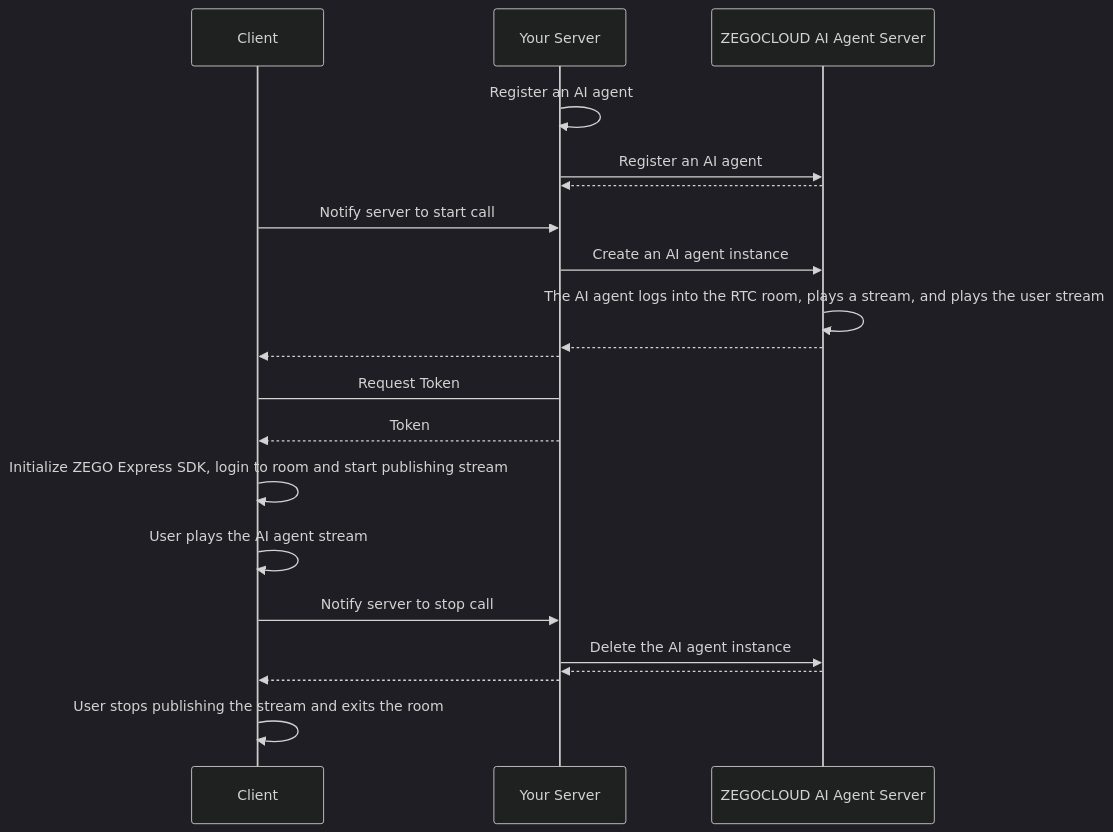
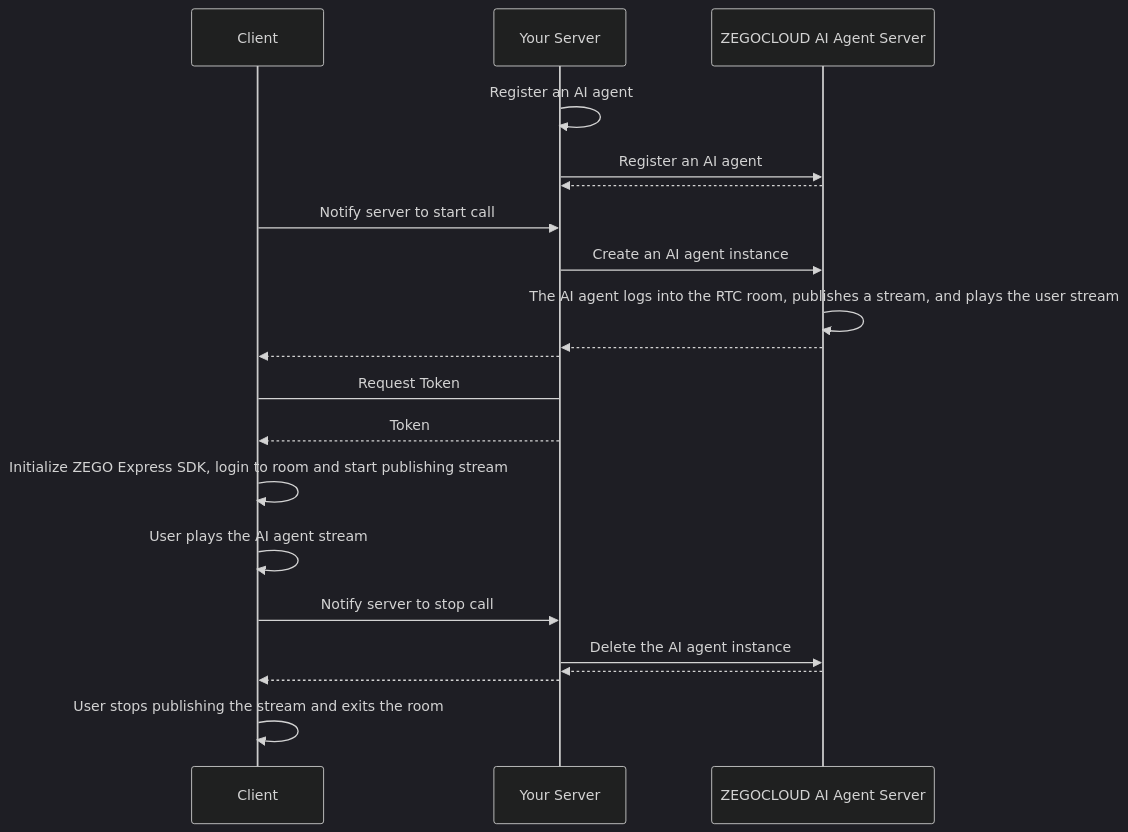
One commit to ZEGOCLOUD/docs_all changed the diagram in core_products/aiagent/en/docs_aiagent_android/Quick start.mdx. Above: the diagram before and after it, drawn with Mermaid (dark theme). The commit also changed other lines of this file and 6 other files, not shown here.

````diff
--- a/core_products/aiagent/en/docs_aiagent_android/Quick start.mdx
+++ b/core_products/aiagent/en/docs_aiagent_android/Quick start.mdx
@@ -66,30 +66,30 @@
 ```mermaid
 sequenceDiagram
     participant Client
     participant Your Server
     participant ZEGOCLOUD AI Agent Server
     
     Your Server->>Your Server: Register an AI agent
     Your Server->>ZEGOCLOUD AI Agent Server: Register an AI agent
     ZEGOCLOUD AI Agent Server-->>Your Server: 
 
     Client->>Your Server: Notify server to start call
     Your Server->>ZEGOCLOUD AI Agent Server: Create an AI agent instance
-    ZEGOCLOUD AI Agent Server->>ZEGOCLOUD AI Agent Server: The AI agent logs into the RTC room, plays a stream, and plays the user stream
+    ZEGOCLOUD AI Agent Server->>ZEGOCLOUD AI Agent Server: The AI agent logs into the RTC room, publishes a stream, and plays the user stream
     ZEGOCLOUD AI Agent Server-->>Your Server: 
     Your Server-->>Client: 
 
     Client->Your Server: Request Token
     Your Server-->>Client: Token
     
     Client->>Client: Initialize ZEGO Express SDK, login to room and start publishing stream
     
     Client->>Client: User plays the AI agent stream
     
     Client->>Your Server: Notify server to stop call
     Your Server->>ZEGOCLOUD AI Agent Server: Delete the AI agent instance
     ZEGOCLOUD AI Agent Server-->>Your Server: 
     Your Server-->>Client: 
     
     Client->>Client: User stops publishing the stream and exits the room
 ```
````
